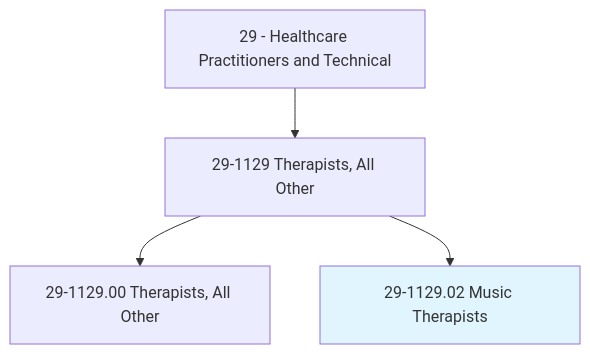
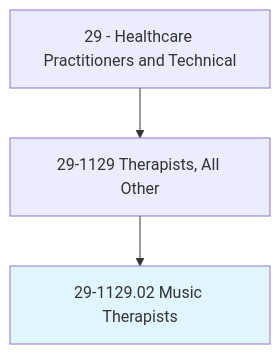
One commit to kziemski/business.org.ai changed the first of 4 diagrams in occupations/HealthcarePractitioners/MusicTherapists.mdx. Above: the diagram before and after it, drawn with Mermaid. The commit also changed other lines of this file and 938 other files, not shown here.

````diff
--- a/occupations/HealthcarePractitioners/MusicTherapists.mdx
+++ b/occupations/HealthcarePractitioners/MusicTherapists.mdx
@@ -19,7 +23,6 @@
 ```mermaid
 graph TD
     Cat29["29 - Healthcare Practitioners and Technical"] --> Group291129["29-1129 Therapists, All Other"]
-    Group291129 --> Base["29-1129.00 Therapists, All Other"]
     Group291129 --> Current["29-1129.02 Music Therapists"]
     style Current fill:#e1f5fe
 ```
````
